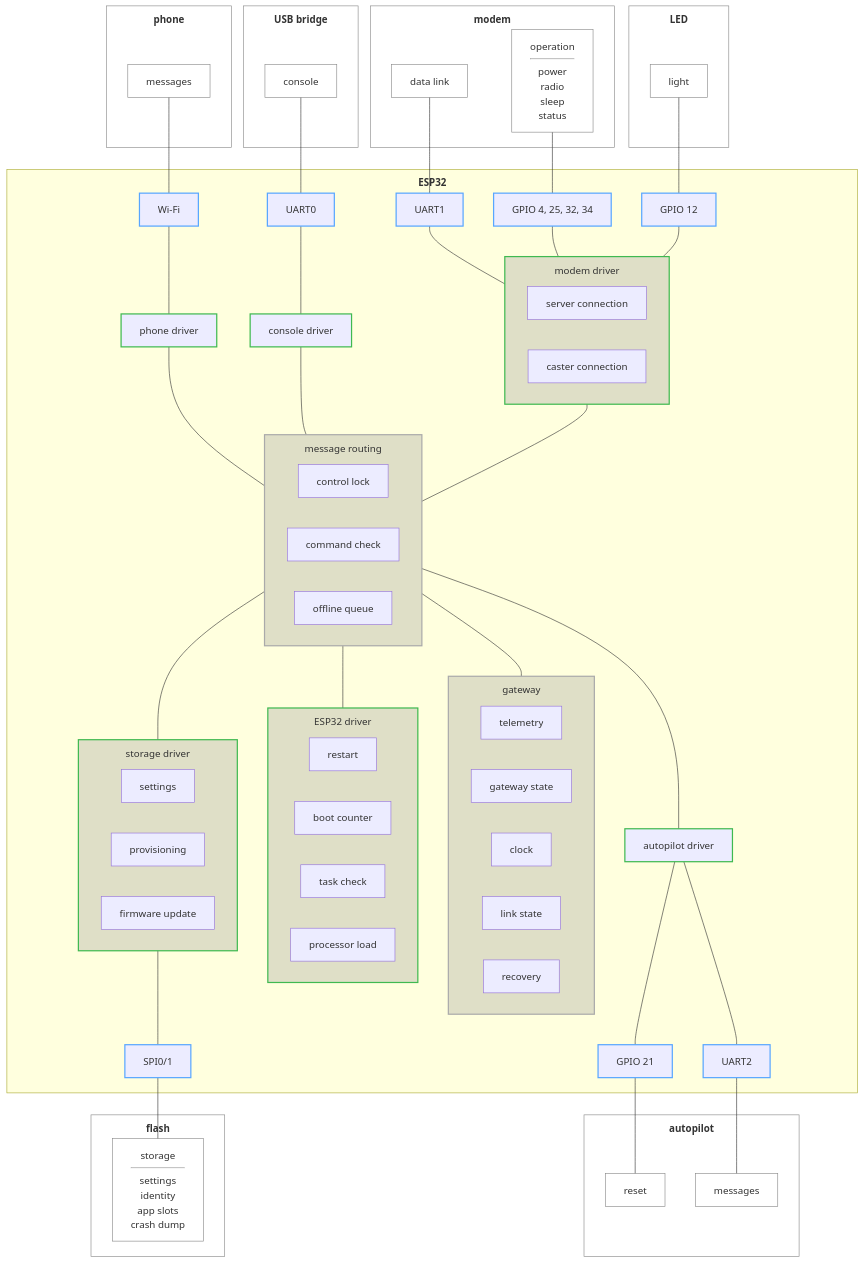
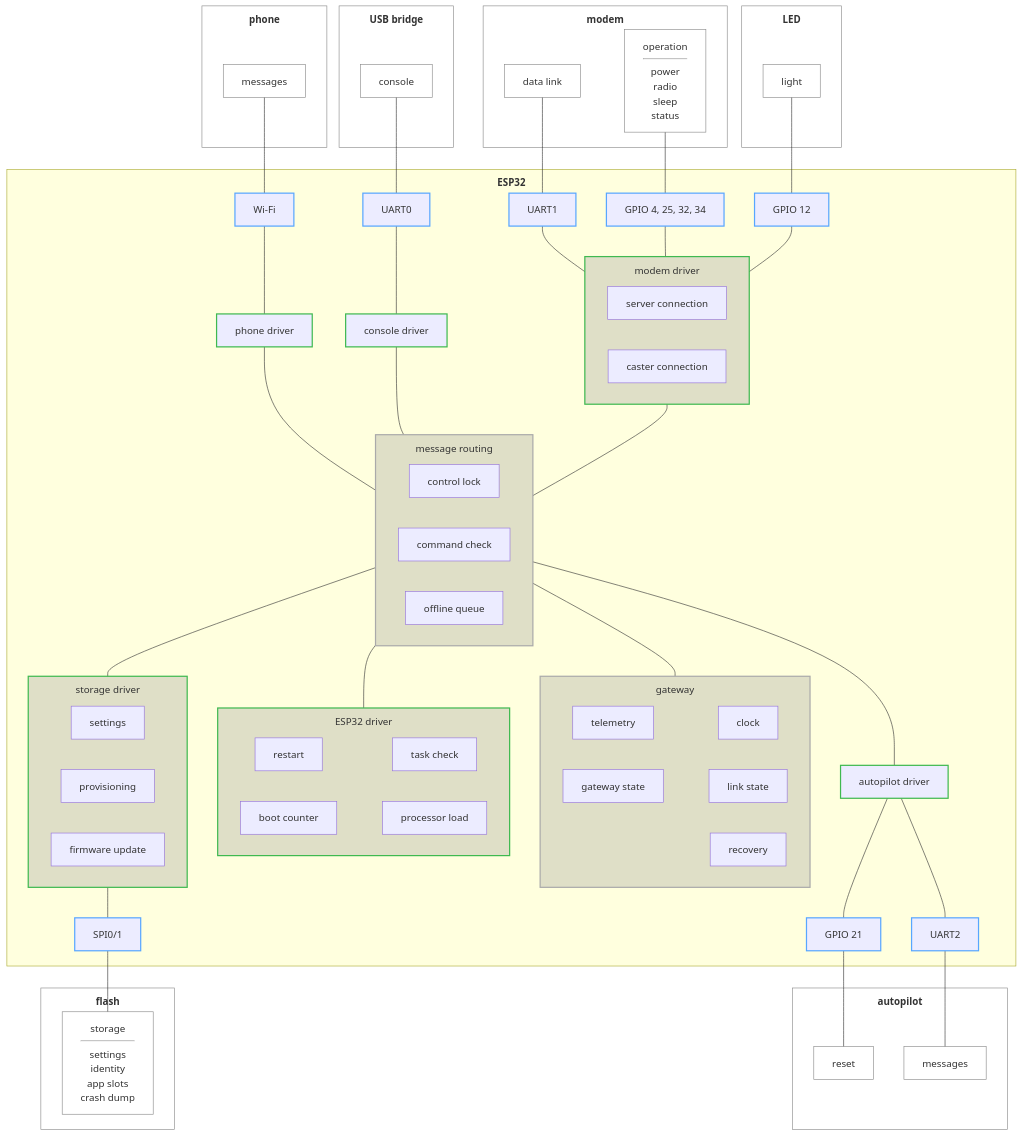
The diagram in .esp-architecture/diagrams/block-draft.md (rmx-lt/rmx-mower-gateway), drawn with Mermaid before and after one commit.

Commit message:
Draft: inner blocks in two rows

```diff
--- a/.esp-architecture/diagrams/block-draft.md
+++ b/.esp-architecture/diagrams/block-draft.md
@@ -48,12 +48,16 @@
       clk["clock"]
       ls["link state"]
       rec["recovery"]
+      tel ~~~ clk
+      state ~~~ ls
     end
     subgraph esp["ESP32 driver"]
       rst["restart"]
       boot["boot counter"]
       live["task check"]
       load["processor load"]
+      rst ~~~ live
+      boot ~~~ load
     end
     bl["autopilot driver"]
     subgraph fs["storage driver"]
```
